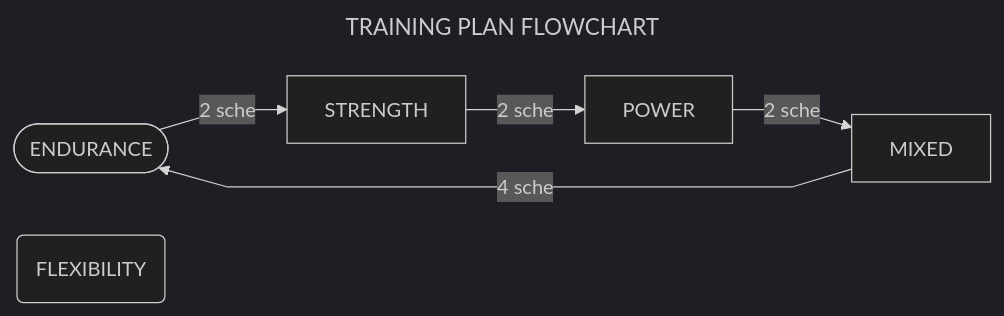
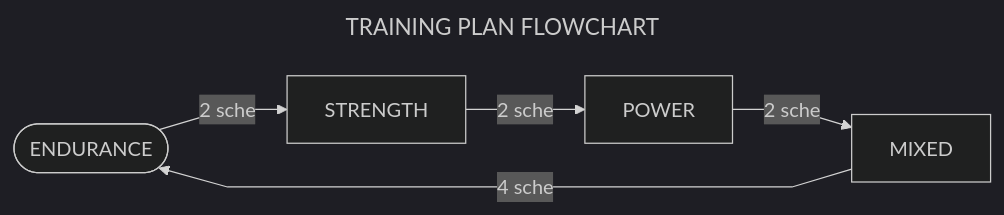
The diagram in dir/training.md (andre-cat/md-training), drawn with Mermaid (dark theme) before and after one commit. The commit also changed other lines of this file and 21 other files, not shown here.

````diff
--- a/dir/training.md
+++ b/dir/training.md
@@ -9,28 +9,27 @@
 ```mermaid
 ---
 title: TRAINING PLAN FLOWCHART
 ---
 
 %%{
     init: {
         "fontFamily": "lucida console",
         "flowchart": {
             "htmlLabels": true,
             "curve": "linear"
         }
     }
 }%%
 
 flowchart LR
     A([ENDURANCE])
     B[STRENGTH]
     C[POWER]
     D[MIXED]
-    E(FLEXIBILITY)
 
     A --2 sche--> B
     B --2 sche--> C
     C --2 sche--> D
     D --4 sche--> A
 
 ```
````
